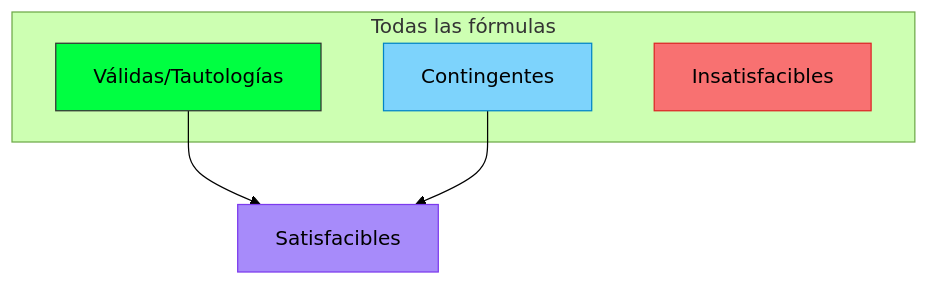
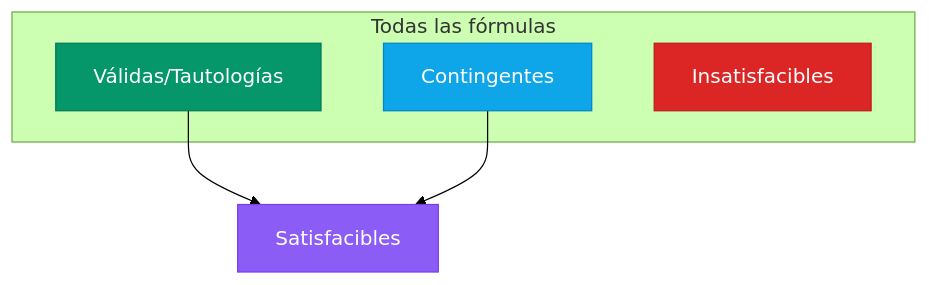
One commit to NuriaGarciaV/ia_p26 changed the first of 2 diagrams in clase/03_logica/04_satisfacibilidad.md. Above: the diagram before and after it, drawn with Mermaid (forest theme). The commit also changed other lines of this file and 5 other files, not shown here.

Commit message:
improved mermaid colouring

````diff
--- a/clase/03_logica/04_satisfacibilidad.md
+++ b/clase/03_logica/04_satisfacibilidad.md
@@ -22,16 +22,16 @@
 ```mermaid
 graph TD
     subgraph "Todas las fórmulas"
         V[Válidas/Tautologías]
         C[Contingentes]
         I[Insatisfacibles]
     end
     
     V --> S[Satisfacibles]
     C --> S
     
-    style V fill:#00ff41,stroke:#333,color:#000
-    style C fill:#7dd3fc,stroke:#0284c7
-    style I fill:#f87171,stroke:#dc2626
-    style S fill:#a78bfa,stroke:#7c3aed
+    style V fill:#059669,stroke:#047857,color:#fff
+    style C fill:#0ea5e9,stroke:#0284c7,color:#fff
+    style I fill:#dc2626,stroke:#b91c1c,color:#fff
+    style S fill:#8b5cf6,stroke:#7c3aed,color:#fff
 ```
````
